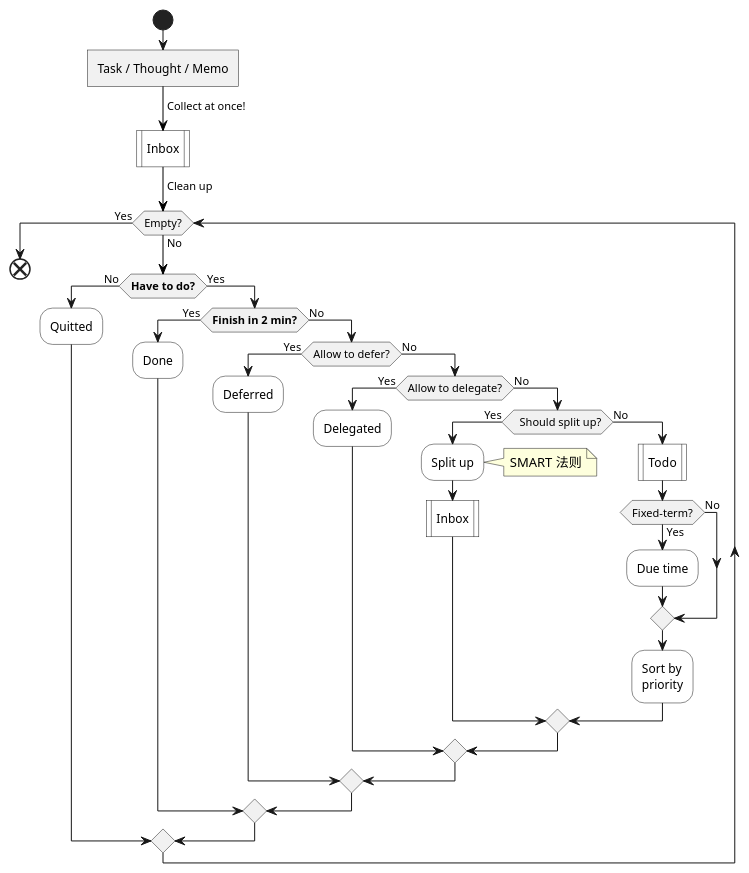
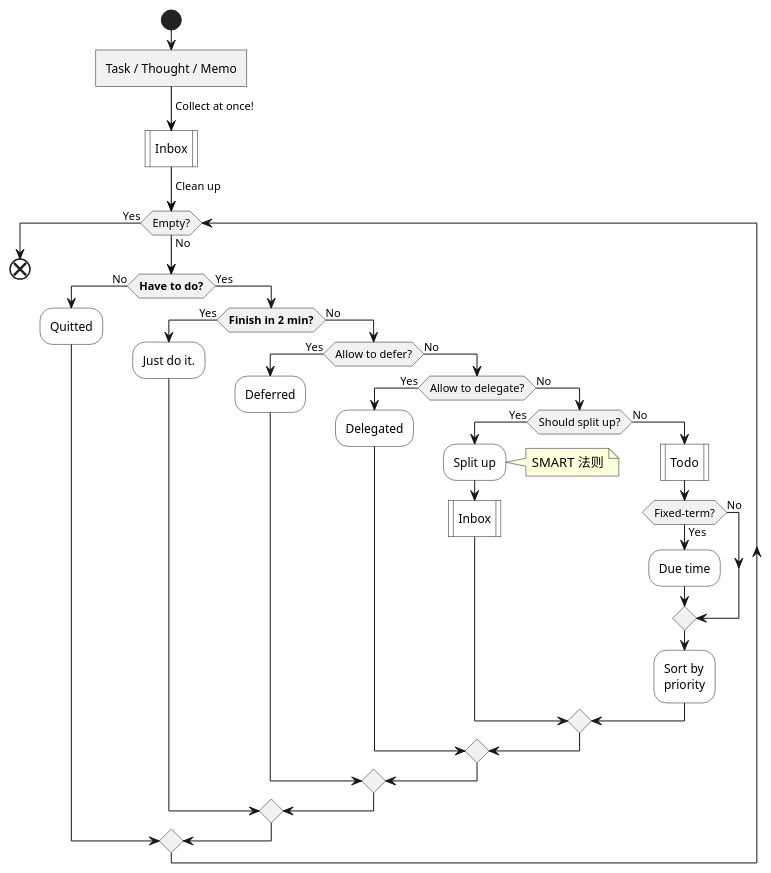
One commit to IceHe/icehe-lib changed the first of 5 diagrams in snips/principles/gtd.md. Above: the diagram before and after it, drawn with PlantUML. The commit also changed 2 other files, not shown here.

Commit message:
2020-12-16 18:59:49 Wed

````diff
--- a/snips/principles/gtd.md
+++ b/snips/principles/gtd.md
@@ -17,40 +17,40 @@
 ```plantuml
 @startuml
 start
 :Task / Thought / Memo]
 -[#black]-> Collect at once!;
 #white:Inbox|
 -[#black]-> Clean up;
 while (Empty?) is (No)
     if (**Have to do?**) then (No)
         #white:Quitted;
     else (Yes)
         if (**Finish in 2 min?**) then (Yes)
-            #white:Done;
+            #white:Just do it.;
         else (No)
             if (Allow to defer?) then (Yes)
                 #white:Deferred;
             else (No)
                 if (Allow to delegate?) then (Yes)
                     #white:Delegated;
                 else (No)
-                    if (  Should split up?) then (Yes)
+                    if (Should split up?) then (Yes)
                         #white:Split up;
                         note right : SMART 法则
                         #white:Inbox|
                     else (No)
                         #white:Todo|
                         if (Fixed-term?) then (Yes)
                             #white:Due time;
                         else (No)
                         endif
                         #white:Sort by\npriority;
                     endif
                 endif
             endif
         endif
     endif
 endwhile (Yes)
 end
 @enduml
 ```
````
